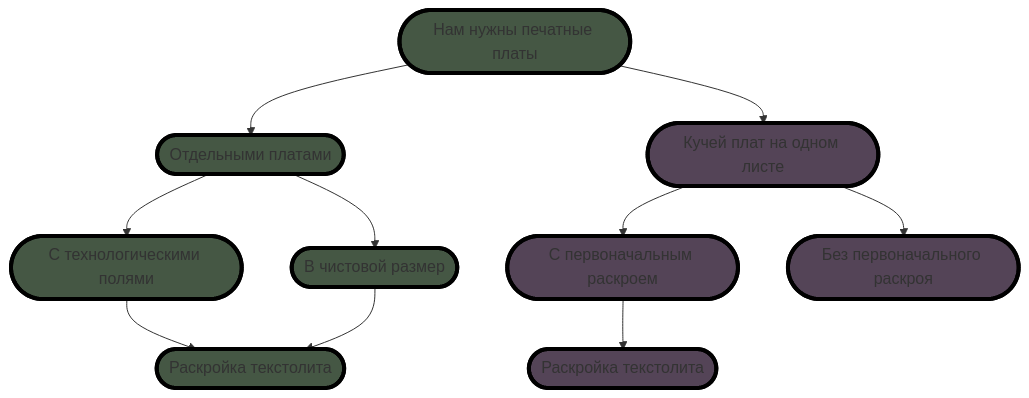
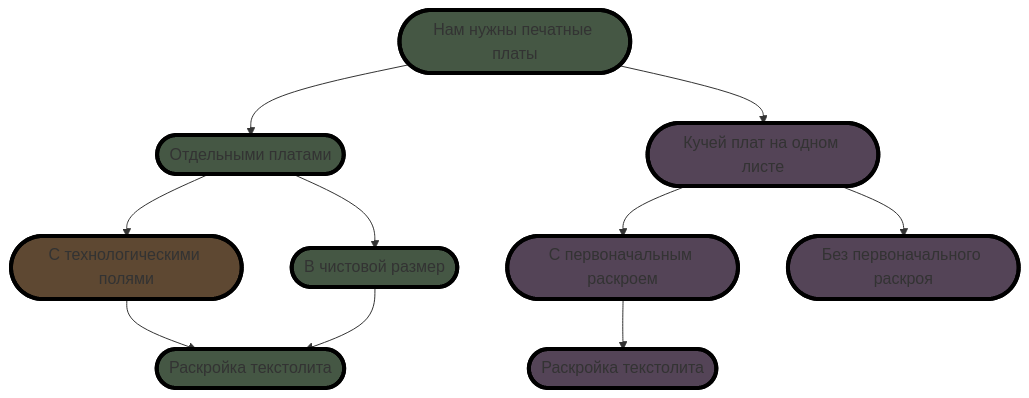
One commit to ufrs12/OLTA-RU changed the diagram in README.md. Above: the diagram before and after it, drawn with Mermaid.

````diff
--- a/README.md
+++ b/README.md
@@ -8,26 +8,27 @@
 ```mermaid
 graph TD;
 classDef class1 fill:#455744, stroke:#000, stroke-width:4px
 classDef class2 fill:#544457, stroke:#000, stroke-width:4px
+classDef class3 fill:#5e4832, stroke:#000, stroke-width:4px
 
     Z([Нам нужны печатные платы]):::class1
     A([Отдельными платами]):::class1
     B([Кучей плат на одном листе]):::class2
-    C([С технологическими полями]):::class1
+    C([С технологическими полями]):::class3
     D([В чистовой размер]):::class1
     E([С первоначальным раскроем]):::class2
     F([Без первоначального раскроя]):::class2
     G([Раскройка текстолита]):::class1
     H([Раскройка текстолита]):::class2
     Z-->A;
     Z-->B;
 
     A-->C;
     A-->D;
     C-->G;
     D-->G;
 
     B-->E;
     B-->F;
     E-->H;
 ```
````
